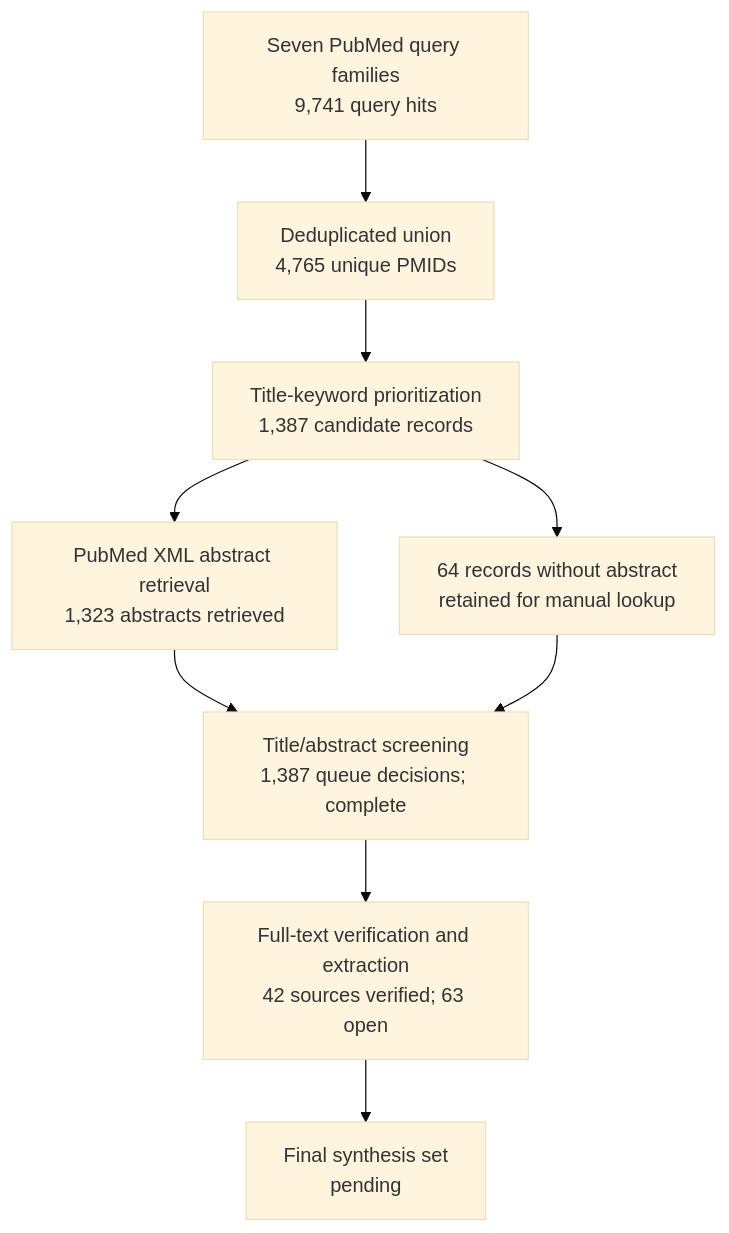
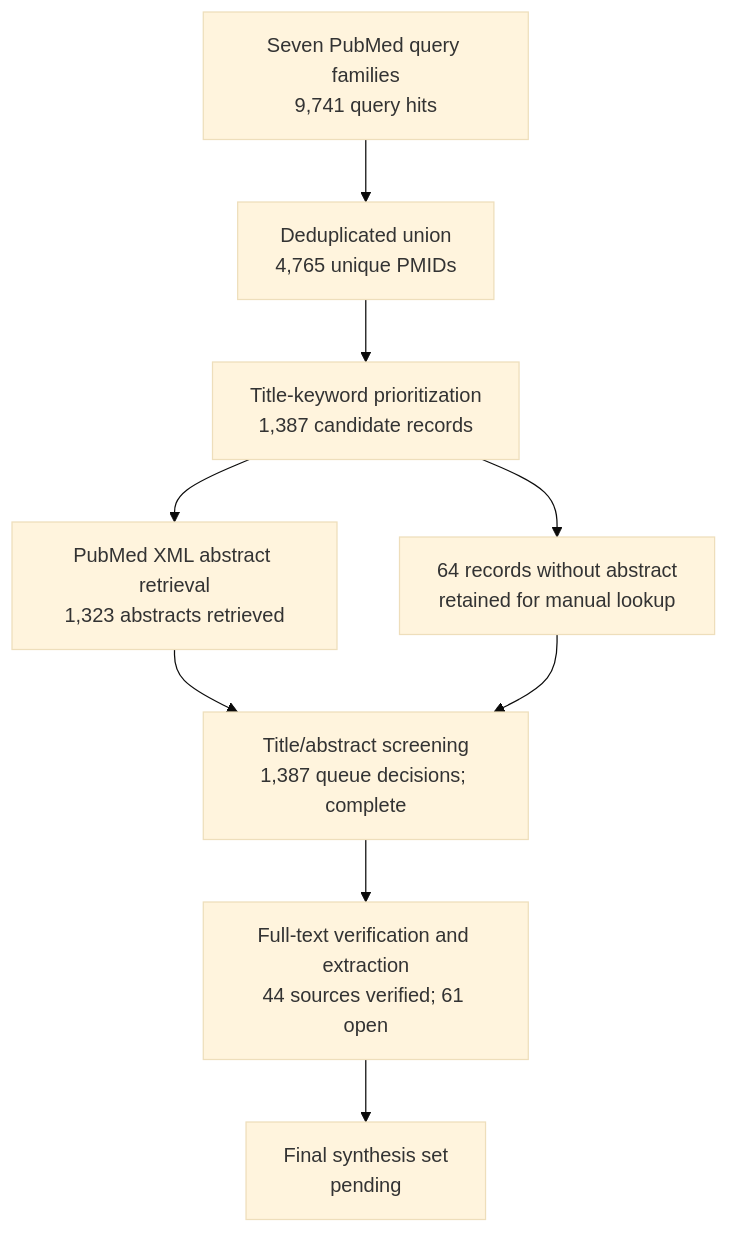
One commit to dcmcshan/artemisia changed the diagram in manuscript/review-flow.md. Above: the diagram before and after it, drawn with Mermaid (base theme). The commit also changed other lines of this file and 13 other files, not shown here.

Commit message:
Add full-text malaria evidence tranche

````diff
--- a/manuscript/review-flow.md
+++ b/manuscript/review-flow.md
@@ -5,11 +5,11 @@
 ```mermaid
 flowchart TB
   Q[Seven PubMed query families<br/>9,741 query hits] --> U[Deduplicated union<br/>4,765 unique PMIDs]
   U --> T[Title-keyword prioritization<br/>1,387 candidate records]
   T --> A[PubMed XML abstract retrieval<br/>1,323 abstracts retrieved]
   T --> N[64 records without abstract<br/>retained for manual lookup]
   A --> M[Title/abstract screening<br/>1,387 queue decisions; complete]
   N --> M
-  M --> F[Full-text verification and extraction<br/>42 sources verified; 63 open]
+  M --> F[Full-text verification and extraction<br/>44 sources verified; 61 open]
   F --> S[Final synthesis set<br/>pending]
 ```
````
